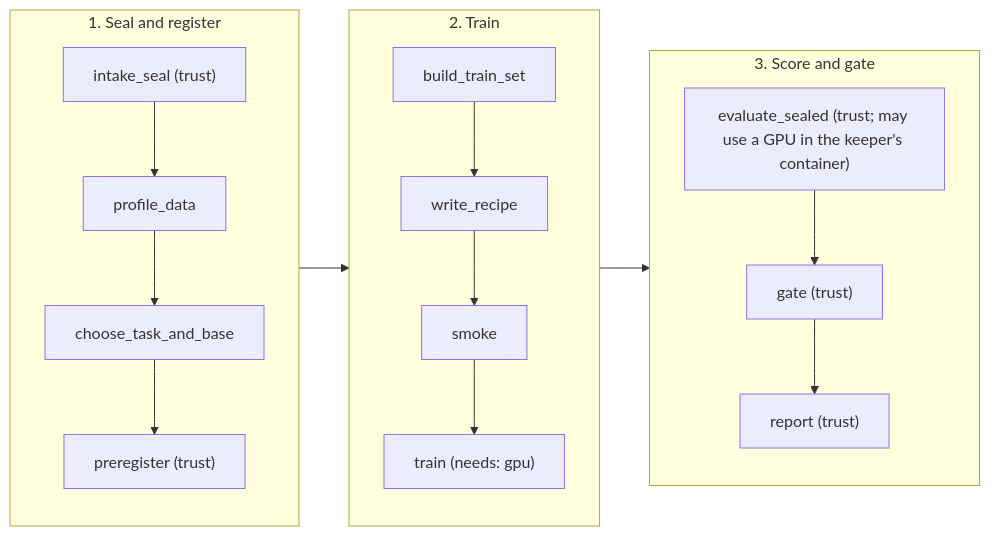
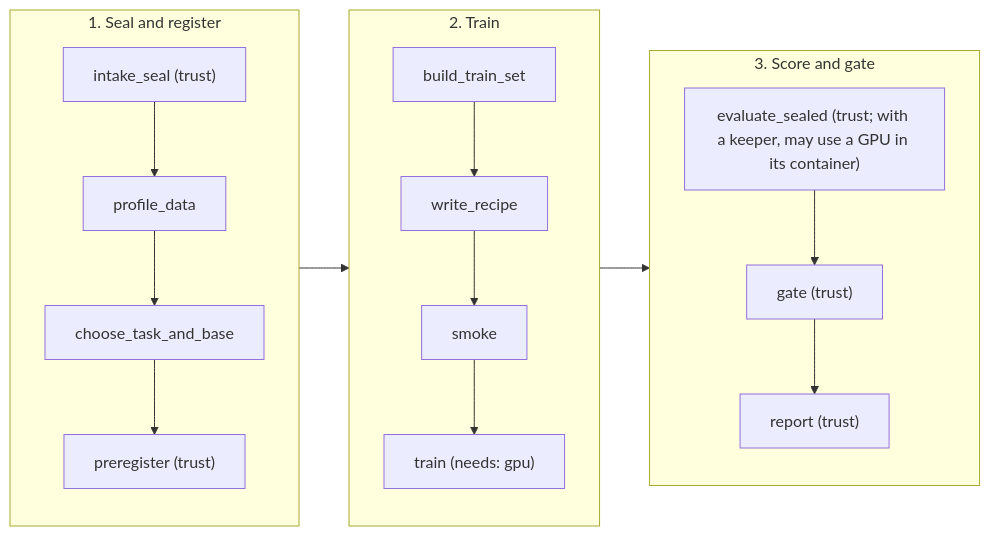
One commit to gatedtrain/gatedtrain changed the first of 2 diagrams in docs/ai-native.md. Above: the diagram before and after it, drawn with Mermaid. The commit also changed other lines of this file and 3 other files, not shown here.

First line of the commit message:
Docs: clarify the keeper diagram, steps and arm wording

````diff
--- a/docs/ai-native.md
+++ b/docs/ai-native.md
@@ -20,22 +27,22 @@
 ```mermaid
 flowchart LR
     subgraph prepare["1. Seal and register"]
         direction TB
         intake["intake_seal (trust)"] --> profile["profile_data"]
         profile --> choose["choose_task_and_base"]
         choose --> prereg["preregister (trust)"]
     end
     subgraph training["2. Train"]
         direction TB
         build["build_train_set"] --> recipe["write_recipe"]
         recipe --> smoke["smoke"]
         smoke --> train["train (needs: gpu)"]
     end
     subgraph judge["3. Score and gate"]
         direction TB
-        evals["evaluate_sealed (trust; may use a GPU in the keeper's container)"] --> gate["gate (trust)"]
+        evals["evaluate_sealed (trust; with a keeper, may use a GPU in its container)"] --> gate["gate (trust)"]
         gate --> report["report (trust)"]
     end
     prepare --> training
     training --> judge
 ```
````
